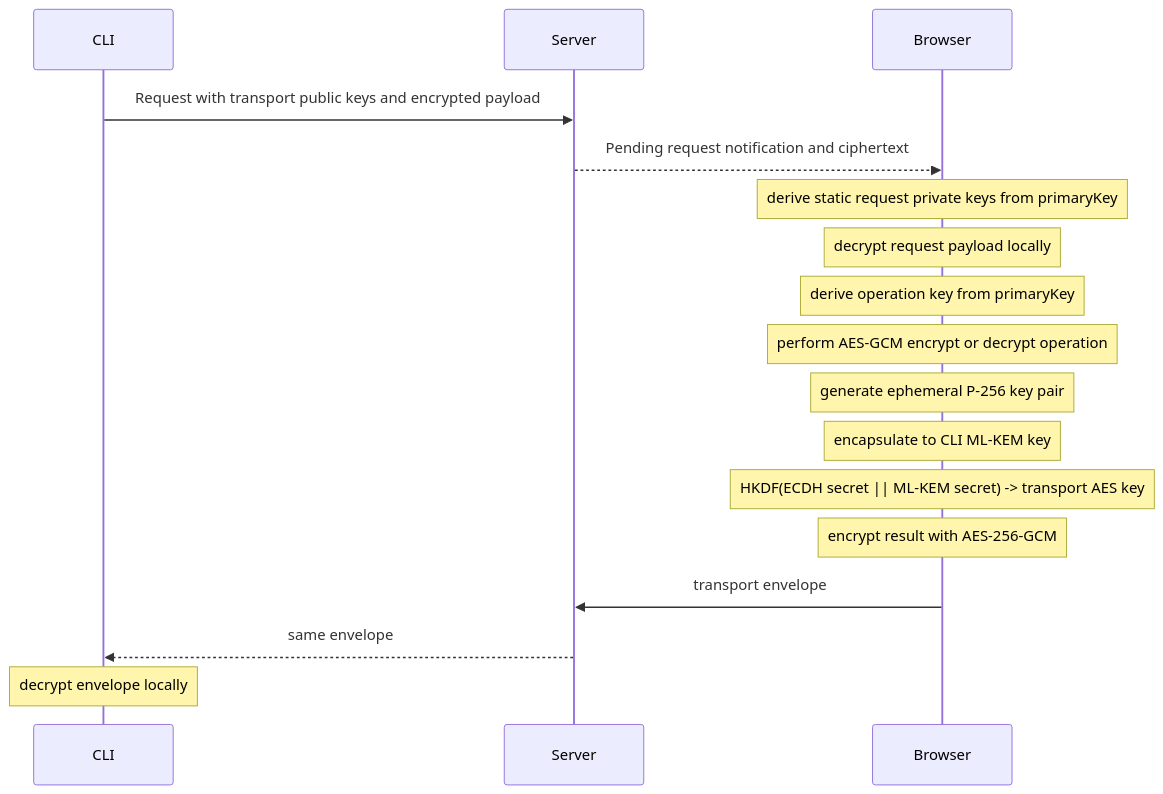
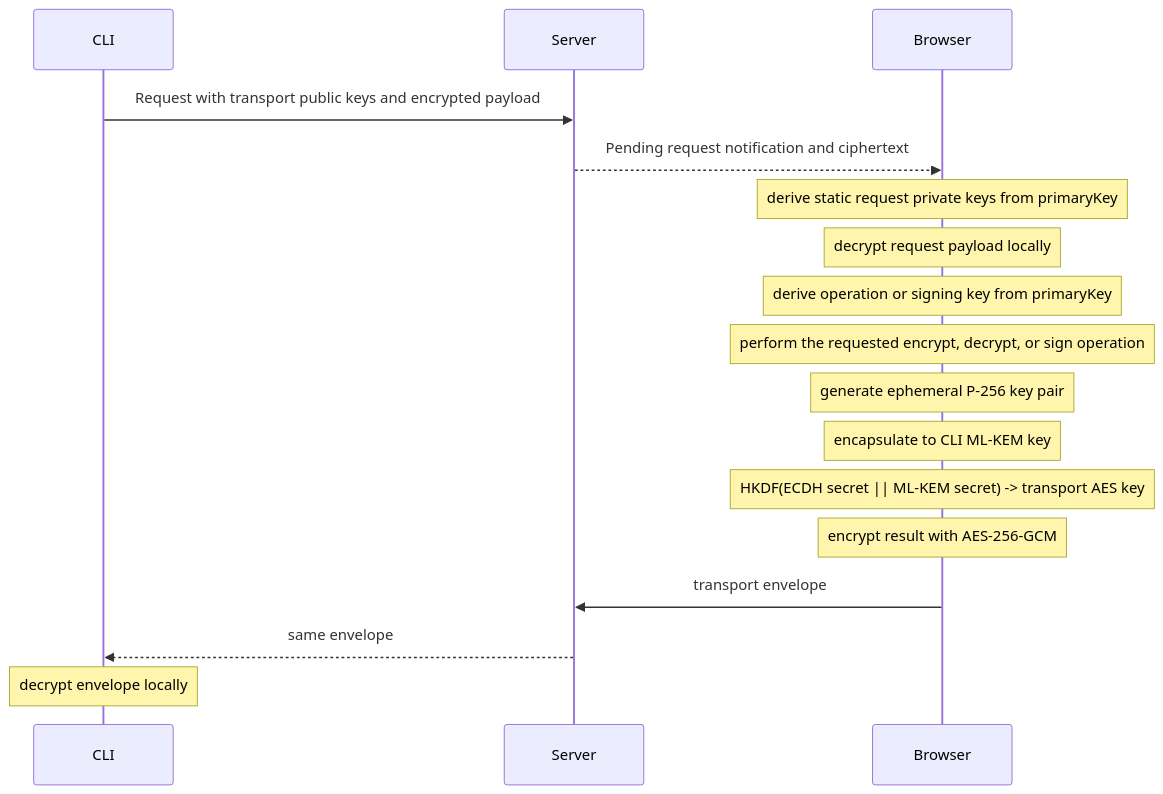
One commit to ItalyPaleAle/revaulter changed the ninth of 9 diagrams in docs/content/docs/crypto-architecture.md. Above: the diagram before and after it, drawn with Mermaid. The commit also changed other lines of this file, not shown here.

First line of the commit message:
Update crypto-architecture

````diff
--- a/docs/content/docs/crypto-architecture.md
+++ b/docs/content/docs/crypto-architecture.md
@@ -462,20 +534,20 @@
 ```mermaid
 sequenceDiagram
     participant CLI
     participant S as Server
     participant B as Browser
 
     CLI->>S: Request with transport public keys and encrypted payload
     S-->>B: Pending request notification and ciphertext
     Note over B: derive static request private keys from primaryKey
     Note over B: decrypt request payload locally
-    Note over B: derive operation key from primaryKey
-    Note over B: perform AES-GCM encrypt or decrypt operation
+    Note over B: derive operation or signing key from primaryKey
+    Note over B: perform the requested encrypt, decrypt, or sign operation
     Note over B: generate ephemeral P-256 key pair
     Note over B: encapsulate to CLI ML-KEM key
     Note over B: HKDF(ECDH secret || ML-KEM secret) -> transport AES key
     Note over B: encrypt result with AES-256-GCM
     B->>S: transport envelope
     S-->>CLI: same envelope
     Note over CLI: decrypt envelope locally
 ```
````
